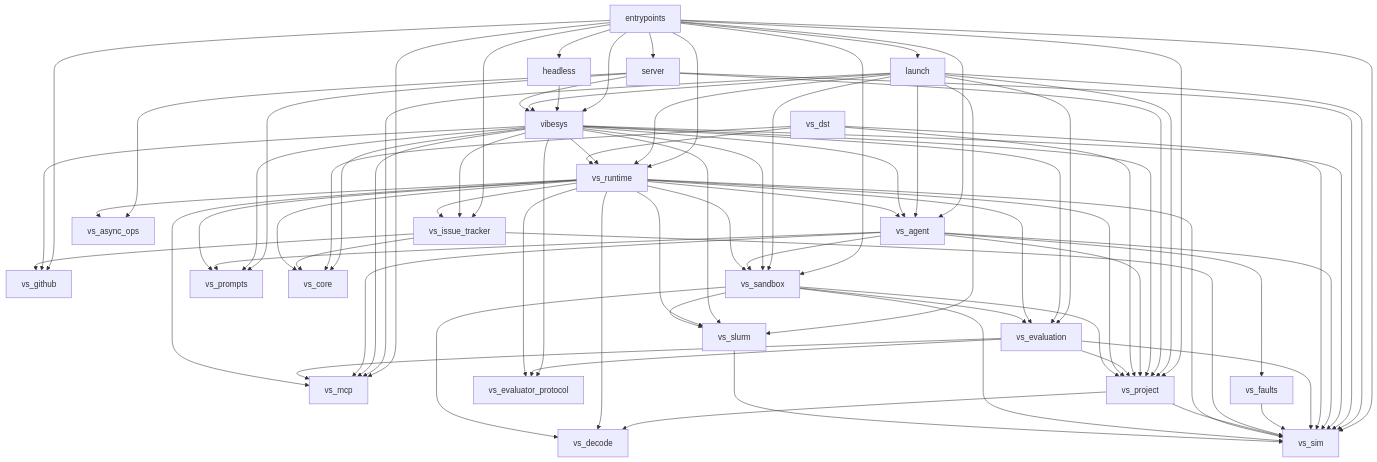
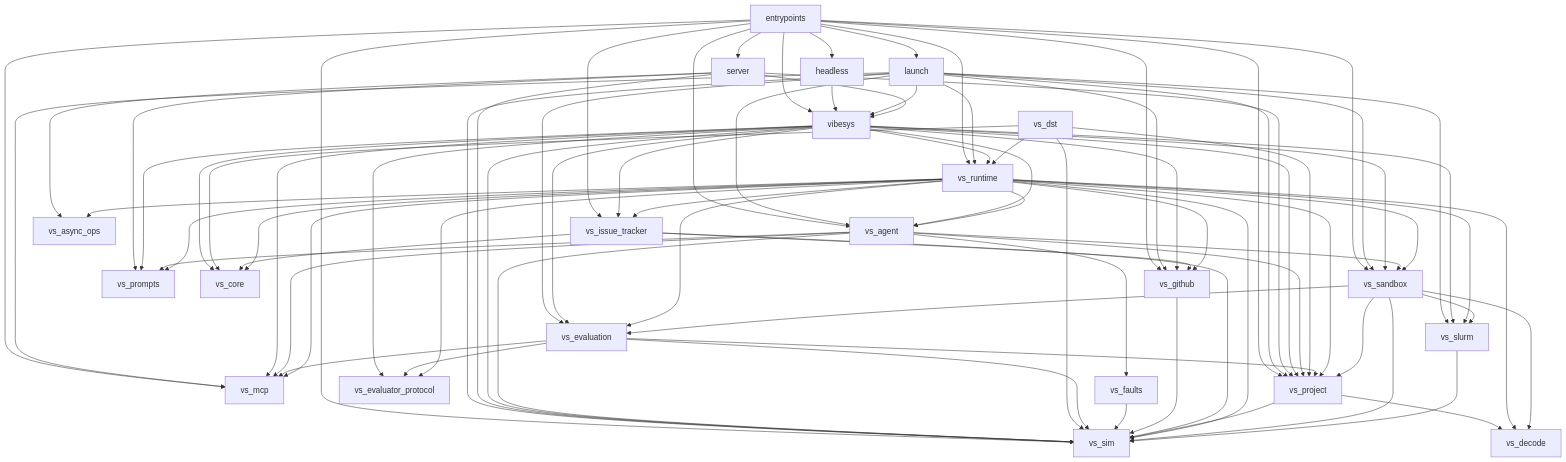
Before and after one commit to 6Mikao9/vibesys: the diagram in docs/contributing/architecture.md, drawn with Mermaid. The commit also changed 122 other files, not shown here.

```diff
--- a/docs/contributing/architecture.md
+++ b/docs/contributing/architecture.md
@@ -143,6 +143,7 @@
     launch --> vibesys
     launch --> vs_agent
     launch --> vs_evaluation
+    launch --> vs_github
     launch --> vs_mcp
     launch --> vs_project
     launch --> vs_runtime
@@ -182,6 +183,7 @@
     vs_evaluation --> vs_project
     vs_evaluation --> vs_sim
     vs_faults --> vs_sim
+    vs_github --> vs_sim
     vs_issue_tracker --> vs_core
     vs_issue_tracker --> vs_github
     vs_issue_tracker --> vs_sim
@@ -193,6 +195,7 @@
     vs_runtime --> vs_decode
     vs_runtime --> vs_evaluation
     vs_runtime --> vs_evaluator_protocol
+    vs_runtime --> vs_github
     vs_runtime --> vs_issue_tracker
     vs_runtime --> vs_mcp
     vs_runtime --> vs_project
```
